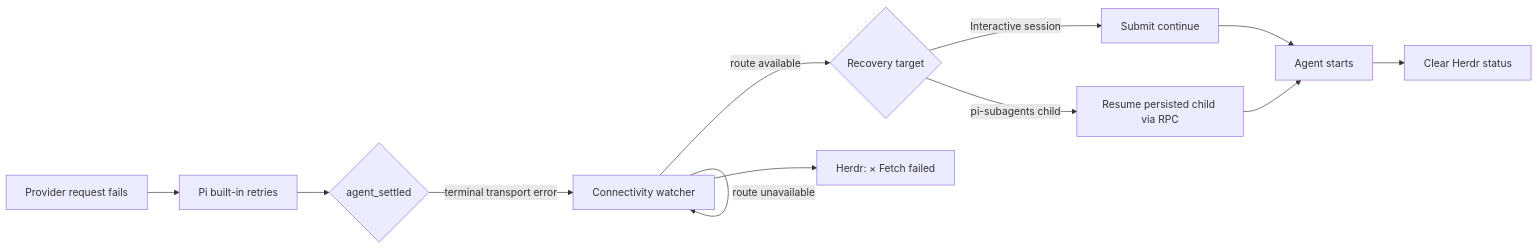
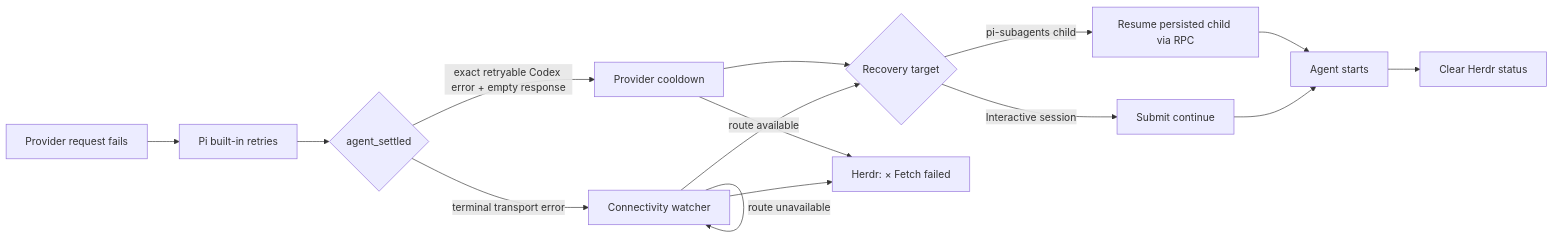
The diagram in README.md (applifaction/pi-herdr-fetch-recovery), drawn with Mermaid before and after one commit. The commit also changed other lines of this file and 6 other files, not shown here.

Commit message:
feat: recover retryable Codex processing errors

````diff
--- a/README.md
+++ b/README.md
@@ -100,14 +101,17 @@
 ```mermaid
 flowchart LR
     A[Provider request fails] --> B[Pi built-in retries]
     B --> C{agent_settled}
     C -->|terminal transport error| D[Connectivity watcher]
+    C -->|exact retryable Codex error + empty response| K[Provider cooldown]
     D -->|route unavailable| D
     D -->|route available| E{Recovery target}
+    K --> E
     E -->|Interactive session| F[Submit continue]
     E -->|pi-subagents child| G[Resume persisted child via RPC]
     D --> H[Herdr: × Fetch failed]
+    K --> H
     F --> I[Agent starts]
     G --> I
     I --> J[Clear Herdr status]
 ```
````
